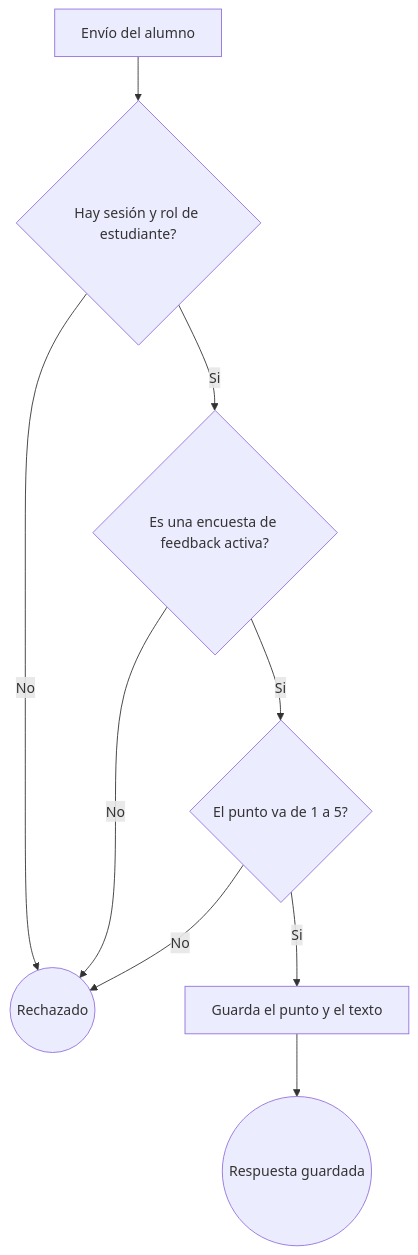
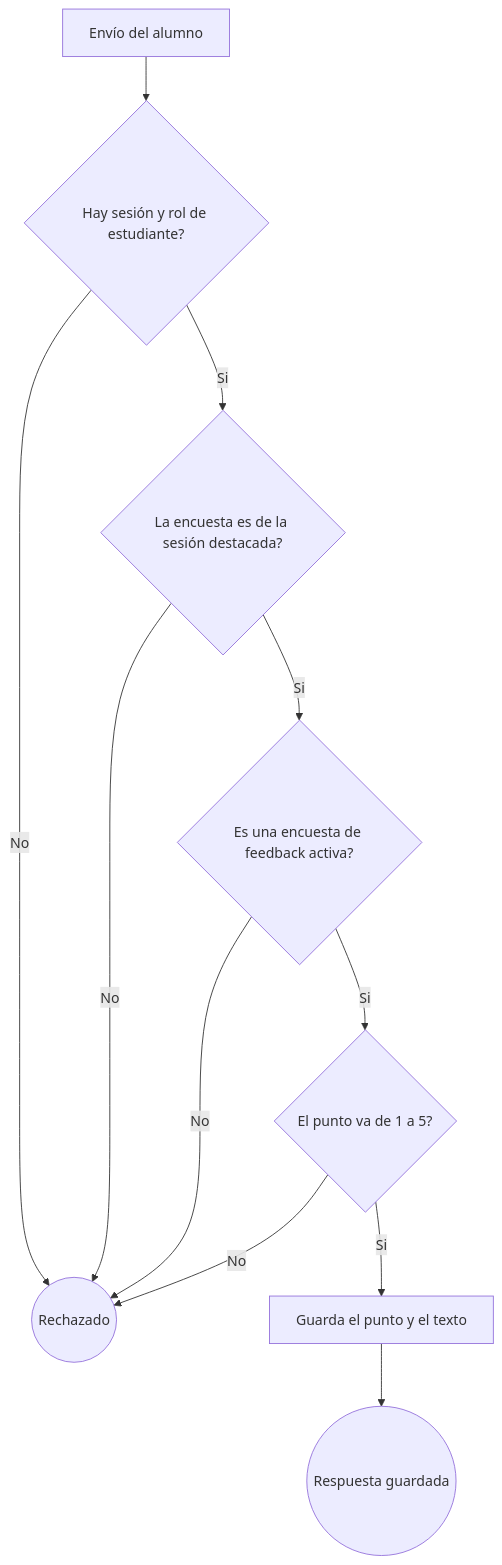
The third of 5 diagrams in app/docs/architecture/feedback-de-sesion.md (filadd/agentic-engineering-famaf-extension-course), drawn with Mermaid before and after one commit. The commit also changed other lines of this file and 12 other files, not shown here.

````diff
--- a/app/docs/architecture/feedback-de-sesion.md
+++ b/app/docs/architecture/feedback-de-sesion.md
@@ -80,11 +80,13 @@
 ```mermaid
 flowchart TD
     S[Envío del alumno] --> R{"Hay sesión y rol de estudiante?"}
     R -->|No| X((Rechazado))
-    R -->|Si| T{"Es una encuesta de feedback activa?"}
+    R -->|Si| D{"La encuesta es de la sesión destacada?"}
+    D -->|No| X
+    D -->|Si| T{"Es una encuesta de feedback activa?"}
     T -->|No| X
     T -->|Si| P{"El punto va de 1 a 5?"}
     P -->|No| X
     P -->|Si| G[Guarda el punto y el texto]
     G --> O((Respuesta guardada))
 ```
````
